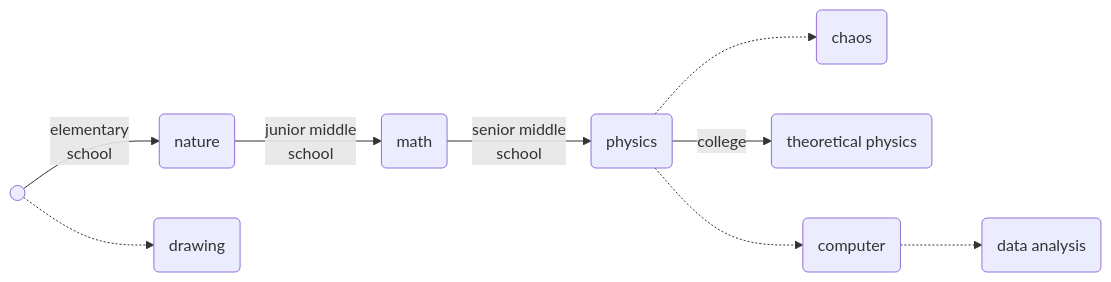
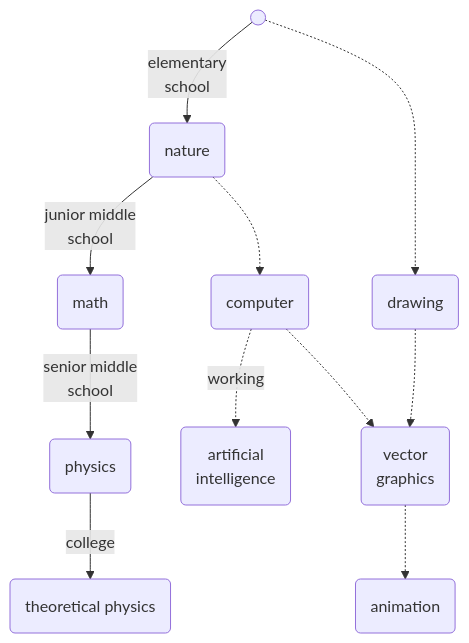
The diagram in source/about/index.md (WilenWu/myblog), drawn with Mermaid before and after one commit. The commit also changed other lines of this file and 12 other files, not shown here.

```diff
--- a/source/about/index.md
+++ b/source/about/index.md
@@ -18,11 +18,11 @@
 {% mermaid %}
-graph LR
+graph TD
 A(( )) --elementary<br >school--> B(nature)
-A -.-> B1(drawing)
 B --junior middle<br >school--> C(math)
 C --senior middle<br >school--> D(physics)
-D -.-> E2(chaos)
 D --college--> E(theoretical physics)
-D -.-> E3(computer)
-E3 -.-> F3(data analysis)
+
+B -.-> E3(computer) -.working.-> F3(artificial<br>intelligence) 
+A -.-> B1(drawing) -.-> D1(vector<br>graphics) -.-> D2(animation)
+E3 -.-> D1
 {% endmermaid %}
```
